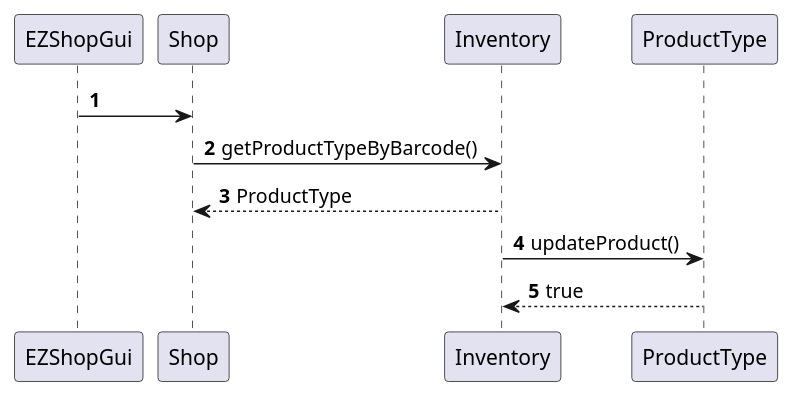
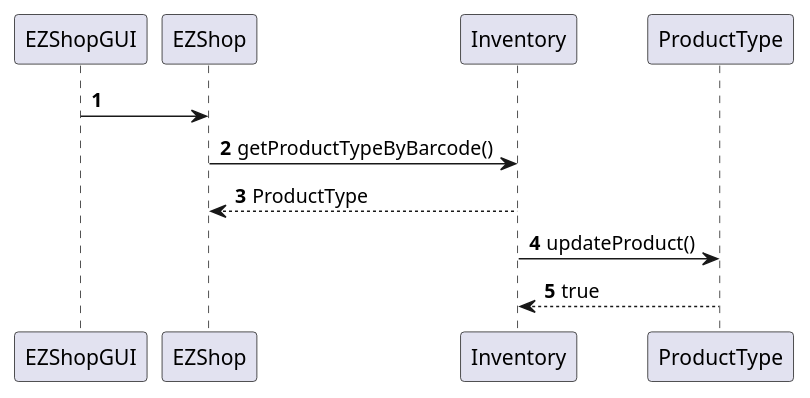
One commit to mkexc/ezshop changed the fourth of 22 diagrams in Deliverables/DesignDocument.md. Above: the diagram before and after it, drawn with PlantUML. The commit also changed other lines of this file, not shown here.

````diff
--- a/Deliverables/DesignDocument.md
+++ b/Deliverables/DesignDocument.md
@@ -352,11 +250,10 @@
 ```plantuml
 @startuml
 autonumber
-EZShopGui -> Shop
-Shop -> Inventory : getProductTypeByBarcode()
-Inventory --> Shop : ProductType
+EZShopGUI -> EZShop
+EZShop -> Inventory : getProductTypeByBarcode()
+Inventory --> EZShop : ProductType
 Inventory -> ProductType : updateProduct()
 Inventory <-- ProductType : true
-
 @enduml
 ```
````
